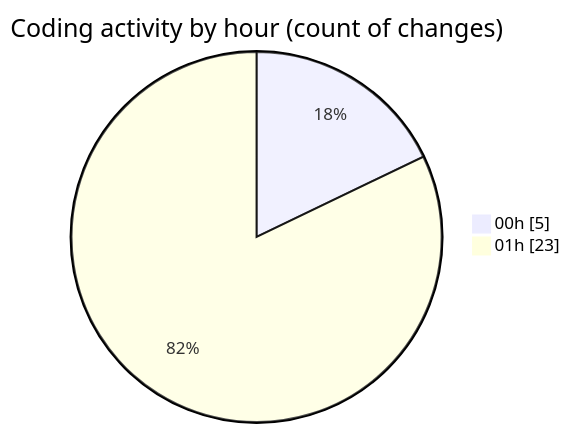
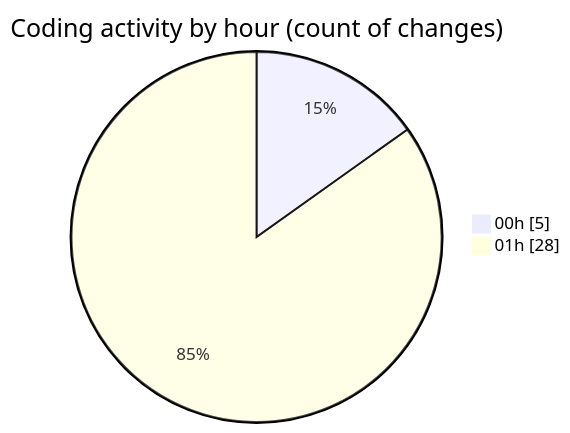
One commit to Netris89/code-tracking changed the second of 2 diagrams in 2025-03-30/echo/README.md. Above: the diagram before and after it, drawn with Mermaid. The commit also changed other lines of this file and 1 other file, not shown here.

````diff
--- a/2025-03-30/echo/README.md
+++ b/2025-03-30/echo/README.md
@@ -30,6 +34,6 @@
 ```mermaid
 pie showData
 title Coding activity by hour (count of changes)
 "00h" : 5
-"01h" : 23
+"01h" : 28
 ```
````
